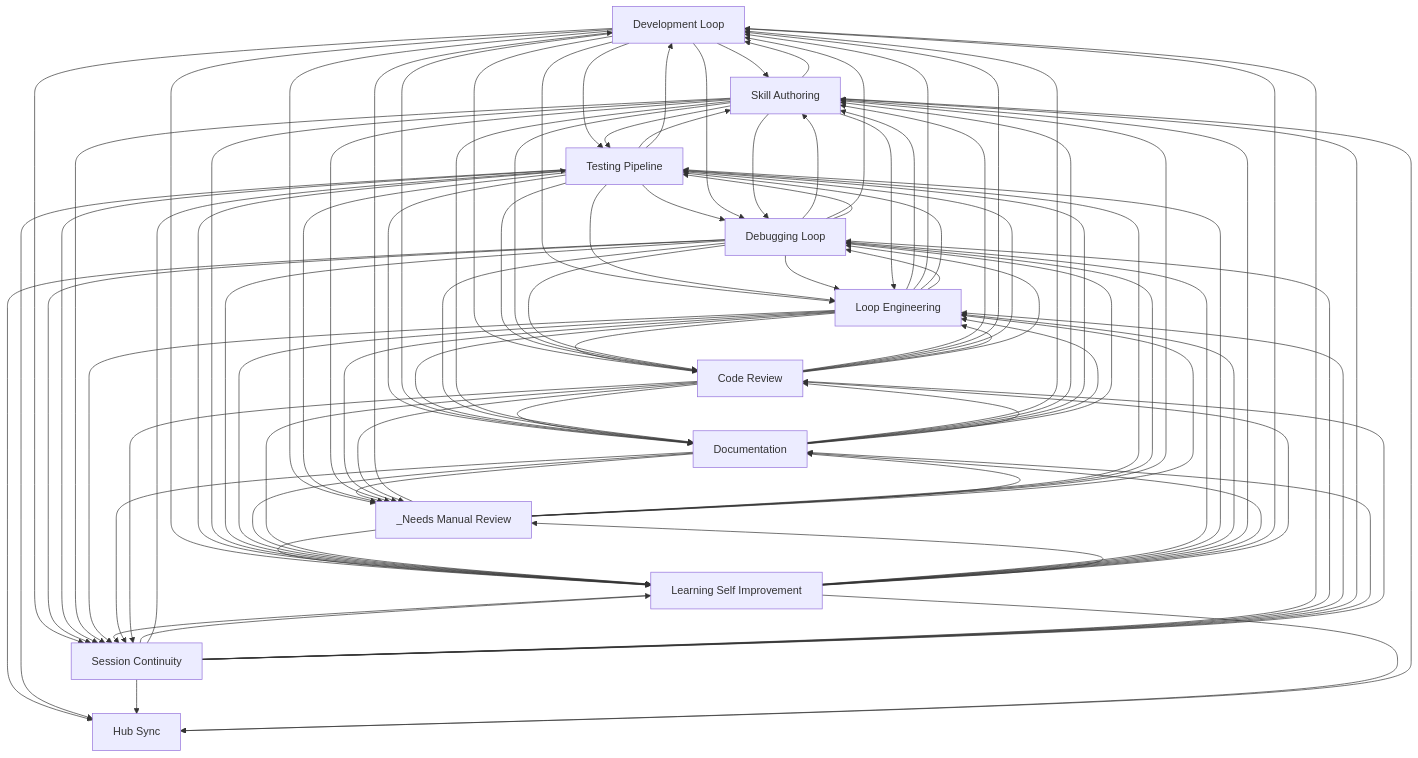
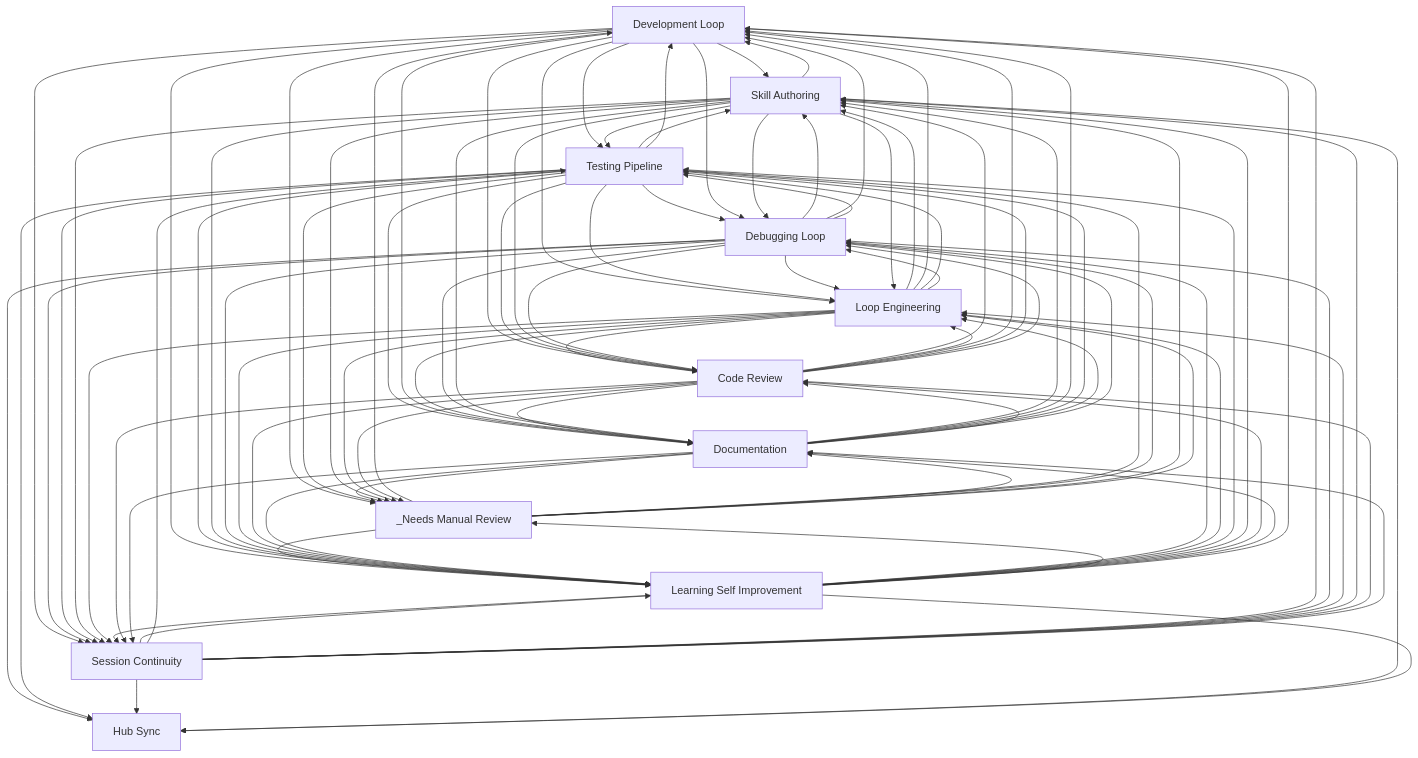
One commit to abhayla/claude-best-practices changed the diagram in docs/workflows/INDEX.md. Above: the diagram before and after it, drawn with Mermaid. The commit also changed other lines of this file and 13 other files, not shown here.

````diff
--- a/docs/workflows/INDEX.md
+++ b/docs/workflows/INDEX.md
@@ -33,18 +33,18 @@
     documentation[Documentation]
     hub_sync[Hub Sync]
     _needs_manual_review[_Needs Manual Review]
-    development_loop --> skill_authoring
-    development_loop --> testing_pipeline
-    development_loop --> loop_engineering
-    development_loop --> code_review
+    code_review --> skill_authoring
+    code_review --> loop_engineering
+    code_review --> development_loop
+    code_review --> testing_pipeline
     loop_engineering --> skill_authoring
+    loop_engineering --> code_review
     loop_engineering --> development_loop
     loop_engineering --> testing_pipeline
-    loop_engineering --> code_review
-    code_review --> skill_authoring
-    code_review --> development_loop
-    code_review --> testing_pipeline
-    code_review --> loop_engineering
+    development_loop --> skill_authoring
+    development_loop --> code_review
+    development_loop --> loop_engineering
+    development_loop --> testing_pipeline
     skill_authoring --> testing_pipeline
     testing_pipeline --> skill_authoring
     _needs_manual_review --> development_loop
@@ -52,28 +52,28 @@
     testing_pipeline --> development_loop
     testing_pipeline --> debugging_loop
     testing_pipeline --> loop_engineering
+    testing_pipeline --> code_review
     testing_pipeline --> documentation
-    testing_pipeline --> code_review
     debugging_loop --> skill_authoring
+    debugging_loop --> loop_engineering
     debugging_loop --> development_loop
     debugging_loop --> testing_pipeline
-    debugging_loop --> loop_engineering
     development_loop --> debugging_loop
     development_loop --> documentation
     loop_engineering --> documentation
+    skill_authoring --> code_review
+    skill_authoring --> loop_engineering
     skill_authoring --> development_loop
-    skill_authoring --> loop_engineering
-    skill_authoring --> code_review
+    documentation --> skill_authoring
     documentation --> development_loop
-    documentation --> skill_authoring
     documentation --> testing_pipeline
     development_loop --> _needs_manual_review
     testing_pipeline --> _needs_manual_review
     code_review --> documentation
-    development_loop --> learning_self_improvement
-    development_loop --> session_continuity
     session_continuity --> learning_self_improvement
     session_continuity --> testing_pipeline
+    development_loop --> session_continuity
+    development_loop --> learning_self_improvement
     _needs_manual_review --> learning_self_improvement
     testing_pipeline --> learning_self_improvement
     loop_engineering --> debugging_loop
@@ -81,8 +81,8 @@
     debugging_loop --> session_continuity
     testing_pipeline --> hub_sync
     testing_pipeline --> session_continuity
+    debugging_loop --> code_review
     debugging_loop --> documentation
-    debugging_loop --> code_review
     skill_authoring --> session_continuity
     session_continuity --> development_loop
     skill_authoring --> learning_self_improvement
@@ -93,35 +93,35 @@
     _needs_manual_review --> debugging_loop
     debugging_loop --> learning_self_improvement
     skill_authoring --> documentation
+    _needs_manual_review --> documentation
     _needs_manual_review --> skill_authoring
-    _needs_manual_review --> documentation
     documentation --> _needs_manual_review
+    learning_self_improvement --> session_continuity
     learning_self_improvement --> debugging_loop
+    learning_self_improvement --> loop_engineering
     learning_self_improvement --> testing_pipeline
-    learning_self_improvement --> loop_engineering
-    learning_self_improvement --> session_continuity
     learning_self_improvement --> skill_authoring
+    learning_self_improvement --> code_review
     learning_self_improvement --> documentation
     learning_self_improvement --> development_loop
-    learning_self_improvement --> code_review
     skill_authoring --> _needs_manual_review
     session_continuity --> skill_authoring
     session_continuity --> hub_sync
+    session_continuity --> code_review
     session_continuity --> documentation
-    session_continuity --> code_review
     learning_self_improvement --> _needs_manual_review
+    skill_authoring --> hub_sync
     learning_self_improvement --> hub_sync
-    skill_authoring --> hub_sync
     _needs_manual_review --> loop_engineering
     loop_engineering --> learning_self_improvement
     loop_engineering --> _needs_manual_review
+    code_review --> debugging_loop
     documentation --> loop_engineering
     documentation --> debugging_loop
-    code_review --> debugging_loop
     documentation --> code_review
+    code_review --> session_continuity
+    code_review --> learning_self_improvement
+    documentation --> session_continuity
     documentation --> learning_self_improvement
-    documentation --> session_continuity
-    code_review --> learning_self_improvement
-    code_review --> session_continuity
     code_review --> _needs_manual_review
 ```
````
